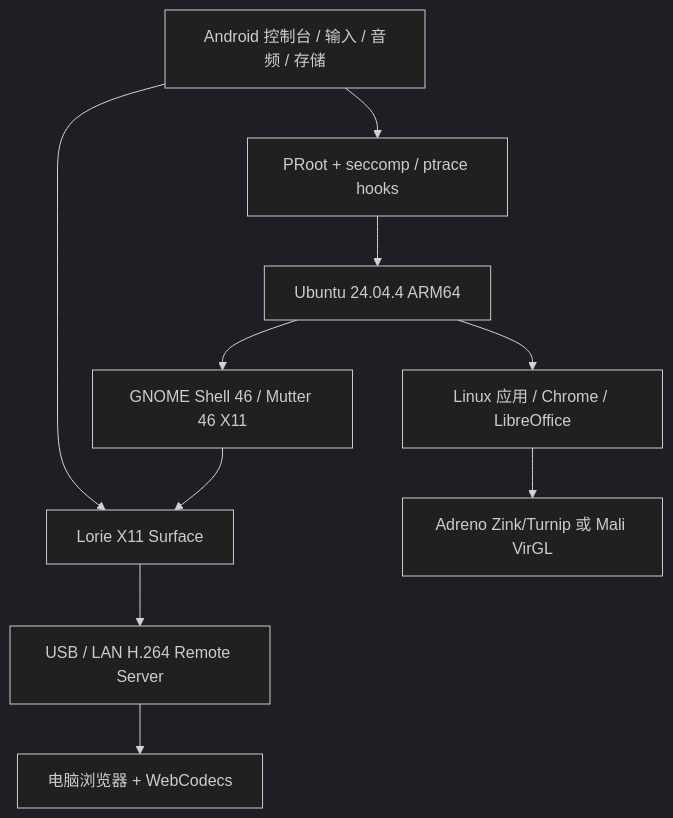
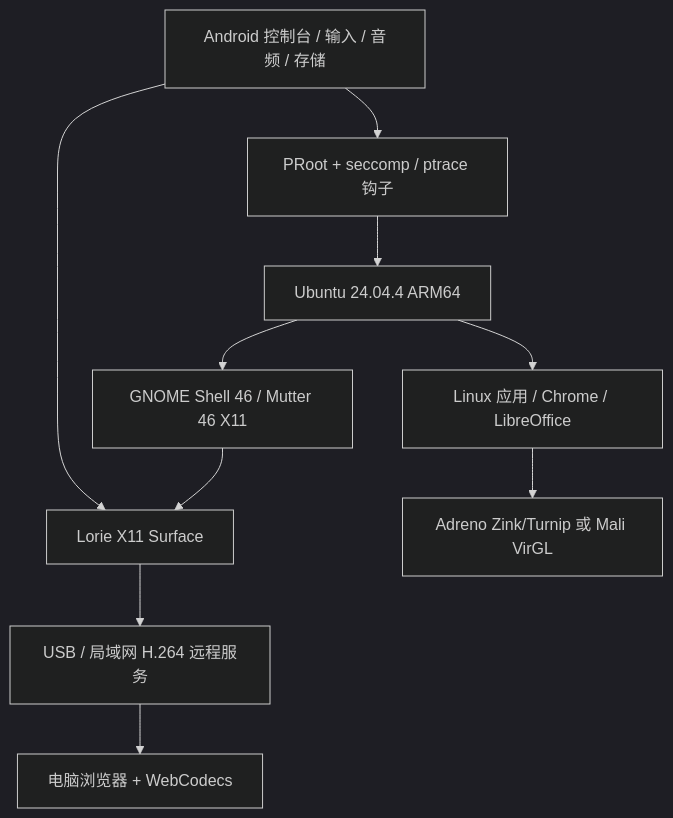
The diagram in README.md (xishanp/Linuxhub), drawn with Mermaid (dark theme) before and after one commit. The commit also changed other lines of this file and 9 other files, not shown here.

````diff
--- a/README.md
+++ b/README.md
@@ -152,21 +269,21 @@
 ```mermaid
 flowchart TB
     Android[Android 控制台 / 输入 / 音频 / 存储]
     Surface[Lorie X11 Surface]
-    PRoot[PRoot + seccomp / ptrace hooks]
+    PRoot[PRoot + seccomp / ptrace 钩子]
     Ubuntu[Ubuntu 24.04.4 ARM64]
     GNOME[GNOME Shell 46 / Mutter 46 X11]
     Apps[Linux 应用 / Chrome / LibreOffice]
     GPU[Adreno Zink/Turnip 或 Mali VirGL]
-    Remote[USB / LAN H.264 Remote Server]
+    Remote[USB / 局域网 H.264 远程服务]
 
     Android --> Surface
     Android --> PRoot
     PRoot --> Ubuntu
     Ubuntu --> GNOME
     Ubuntu --> Apps
     Apps --> GPU
     GNOME --> Surface
     Surface --> Remote
     Remote --> Browser[电脑浏览器 + WebCodecs]
 ```
````
